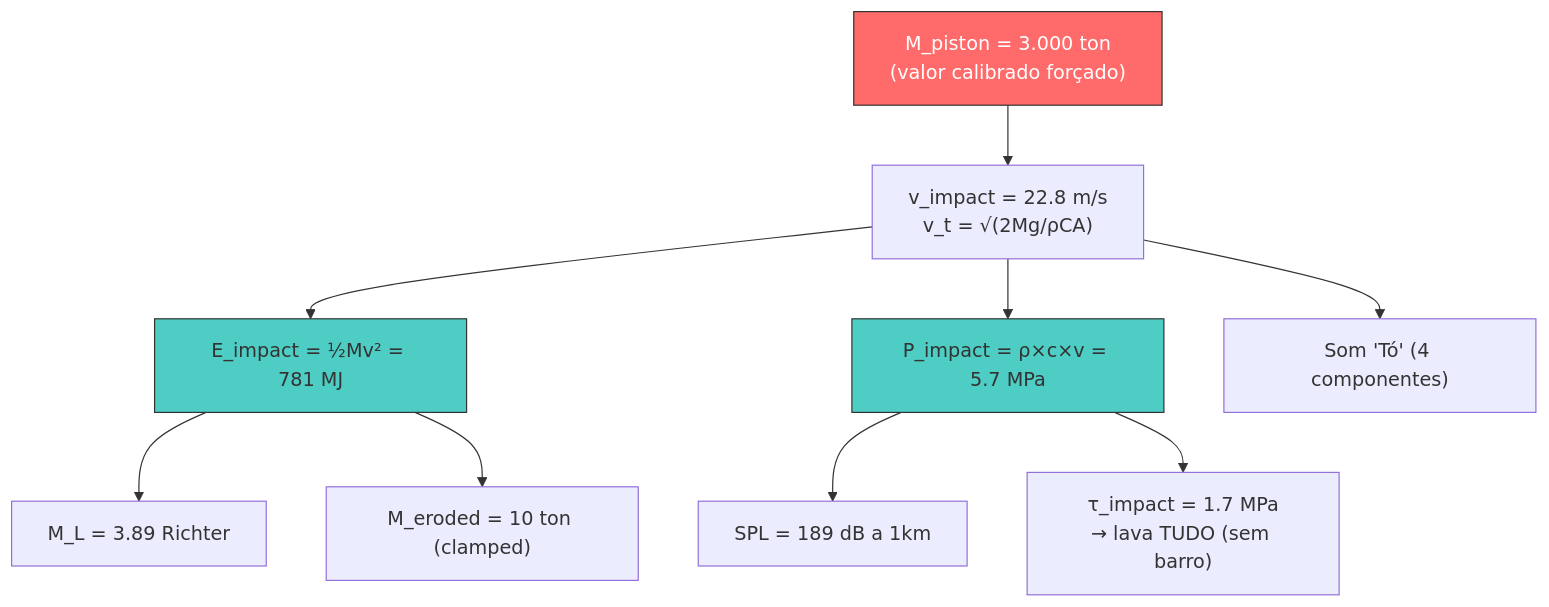
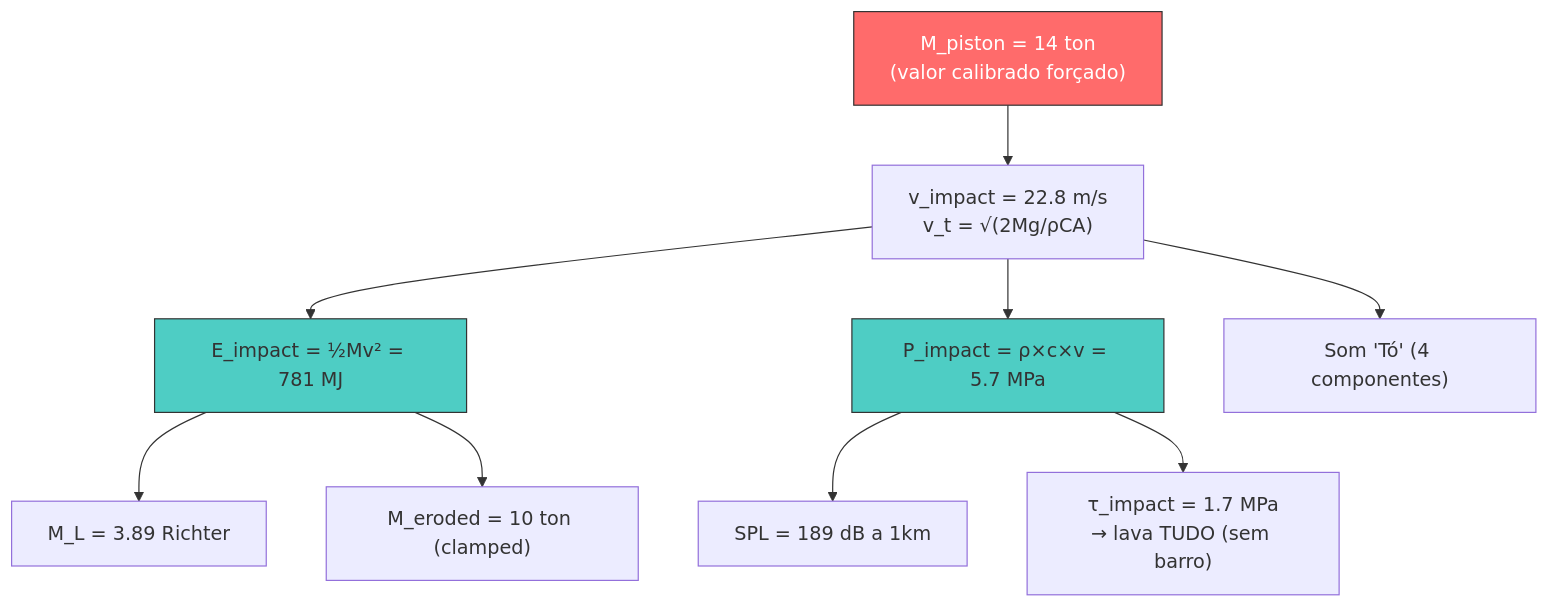
The diagram in explicacao_calculos_toro.md (reinaldohaas/toro-model), drawn with Mermaid before and after one commit. The commit also changed other lines of this file and 7 other files, not shown here.

First line of the commit message:
feat: v6 compat — piston from vortex-center pressure (~10 ton, F2, R=20m)

````diff
--- a/explicacao_calculos_toro.md
+++ b/explicacao_calculos_toro.md
@@ -268,15 +268,15 @@
 ```mermaid
 graph TD
-    A["M_piston = 3.000 ton<br/>(valor calibrado forçado)"] --> B["v_impact = 22.8 m/s<br/>v_t = √(2Mg/ρCA)"]
+    A["M_piston = 14 ton<br/>(valor calibrado forçado)"] --> B["v_impact = 22.8 m/s<br/>v_t = √(2Mg/ρCA)"]
     B --> C["E_impact = ½Mv² = 781 MJ"]
     B --> D["P_impact = ρ×c×v = 5.7 MPa"]
     C --> E["M_L = 3.89 Richter"]
     C --> F["M_eroded = 10 ton (clamped)"]
     D --> G["SPL = 189 dB a 1km"]
     D --> H["τ_impact = 1.7 MPa<br/>→ lava TUDO (sem barro)"]
     B --> I["Som 'Tó' (4 componentes)"]
 
     style A fill:#ff6b6b,stroke:#333,color:#fff
     style C fill:#4ecdc4,stroke:#333
     style D fill:#4ecdc4,stroke:#333
 ```
````
